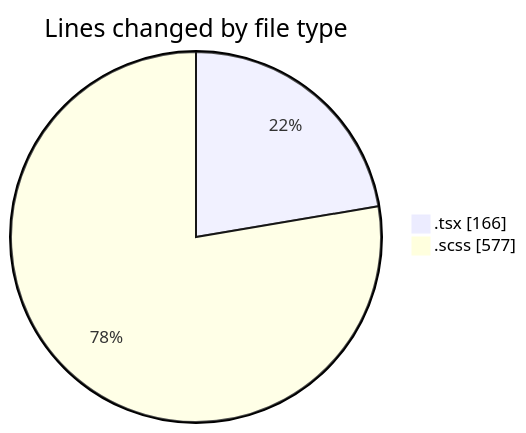
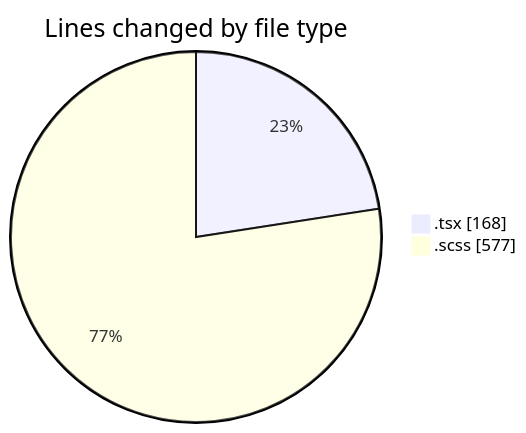
The first of 2 diagrams in 2025-03-27/cda/README.md (momahboobian/code-tracking), drawn with Mermaid before and after one commit. The commit also changed other lines of this file and 1 other file, not shown here.

````diff
--- a/2025-03-27/cda/README.md
+++ b/2025-03-27/cda/README.md
@@ -21,6 +21,6 @@
 ```mermaid
 pie showData
 title Lines changed by file type
-".tsx" : 166
+".tsx" : 168
 ".scss" : 577
 ```
````
